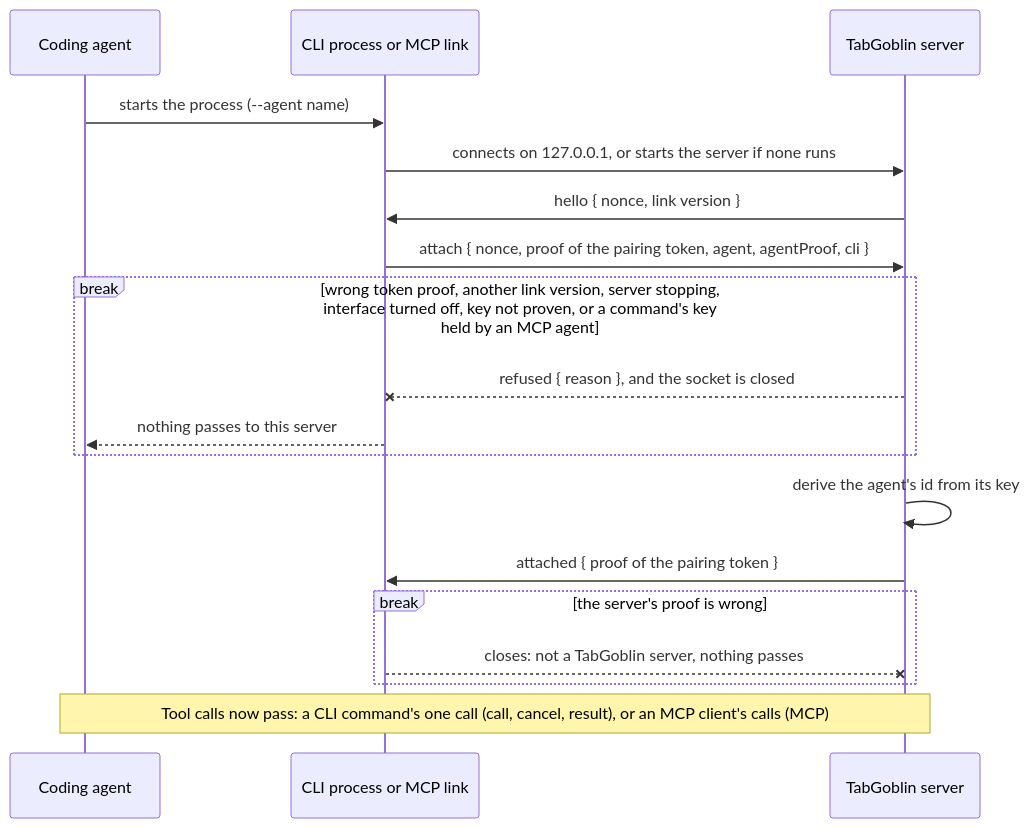
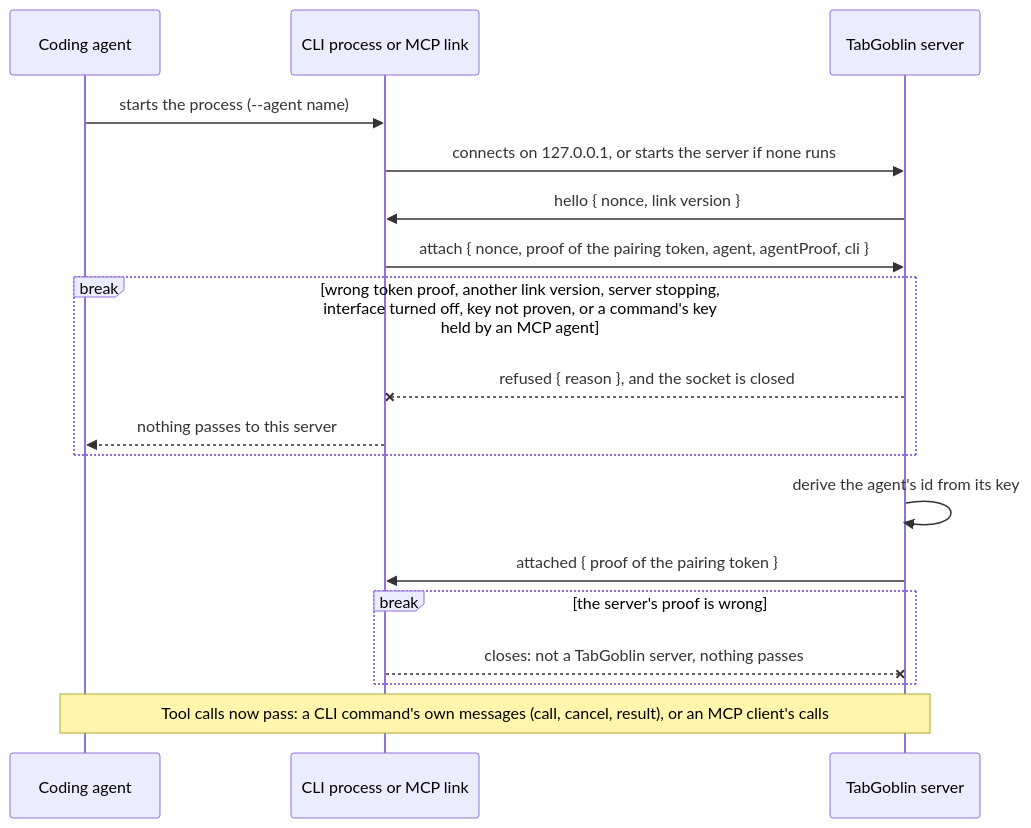
Before and after one commit to LaughingManCommits/TabGoblin: the first of 8 diagrams in docs/architecture.md, drawn with Mermaid. The commit also changed other lines of this file and 11 other files, not shown here.

First line of the commit message:
Align the diagrams: even legends, labels clear of borders, notes that fit

````diff
--- a/docs/architecture.md
+++ b/docs/architecture.md
@@ -155,20 +155,20 @@
 ```mermaid
 sequenceDiagram
   participant A as Coding agent
   participant L as CLI process or MCP link
   participant S as TabGoblin server
   A->>L: starts the process (--agent name)
   L->>S: connects on 127.0.0.1, or starts the server if none runs
   S->>L: hello { nonce, link version }
   L->>S: attach { nonce, proof of the pairing token, agent, agentProof, cli }
   break wrong token proof, another link version, server stopping, interface turned off, key not proven, or a command's key held by an MCP agent
     S--xL: refused { reason }, and the socket is closed
     L-->>A: nothing passes to this server
   end
   S->>S: derive the agent's id from its key
   S->>L: attached { proof of the pairing token }
   break the server's proof is wrong
     L--xS: closes: not a TabGoblin server, nothing passes
   end
-  Note over A,S: Tool calls now pass: a CLI command's one call (call, cancel, result), or an MCP client's calls (MCP)
+  Note over A,S: Tool calls now pass: a CLI command's own messages (call, cancel, result), or an MCP client's calls
 ```
````
